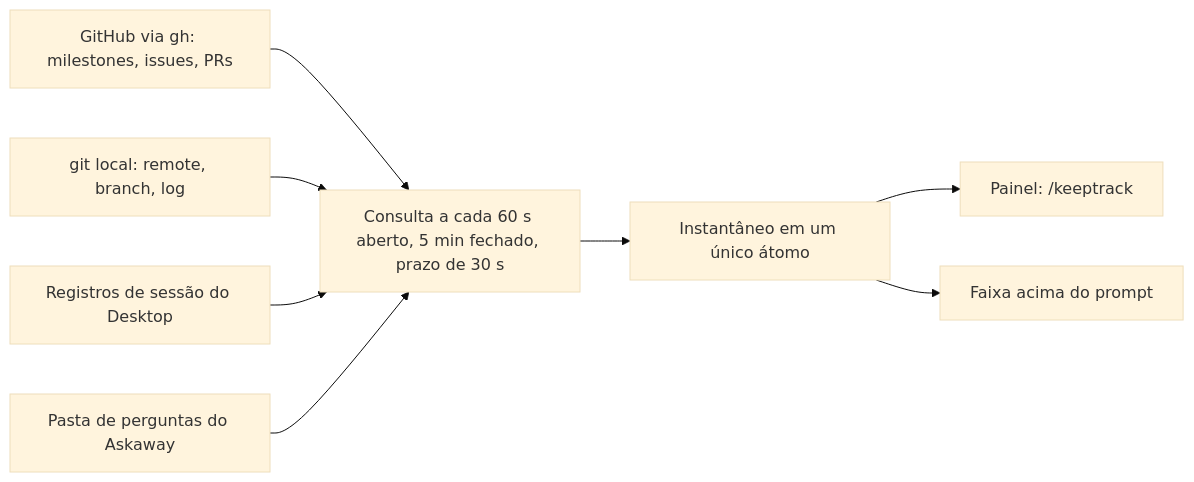
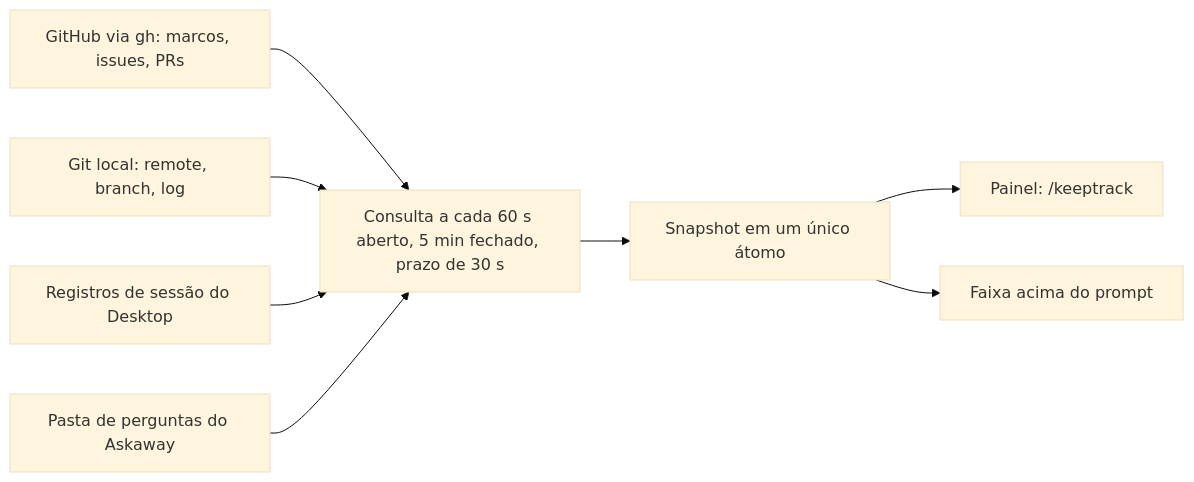
Before and after one commit to KeepGlide/keepaway-repo: the first of 2 diagrams in README.pt-BR.md, drawn with Mermaid (base theme). The commit also changed other lines of this file and 3 other files, not shown here.

````diff
--- a/README.pt-BR.md
+++ b/README.pt-BR.md
@@ -39,10 +79,10 @@
 ```mermaid
 flowchart LR
-    GH[GitHub via gh: milestones, issues, PRs] --> POLL
-    GIT[git local: remote, branch, log] --> POLL
+    GH[GitHub via gh: marcos, issues, PRs] --> POLL
+    GIT[Git local: remote, branch, log] --> POLL
     REC[Registros de sessão do Desktop] --> POLL
     ASK[Pasta de perguntas do Askaway] --> POLL
-    POLL[Consulta a cada 60 s aberto, 5 min fechado, prazo de 30 s] --> SNAP[Instantâneo em um único átomo]
+    POLL[Consulta a cada 60 s aberto, 5 min fechado, prazo de 30 s] --> SNAP[Snapshot em um único átomo]
     SNAP --> PANE[Painel: /keeptrack]
     SNAP --> BAND[Faixa acima do prompt]
 ```
````
